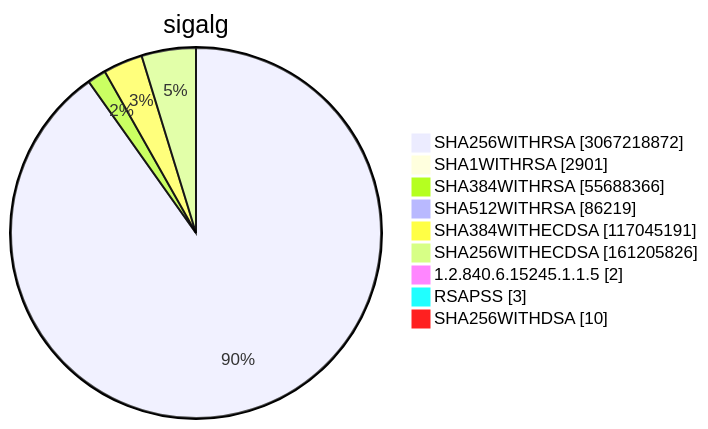
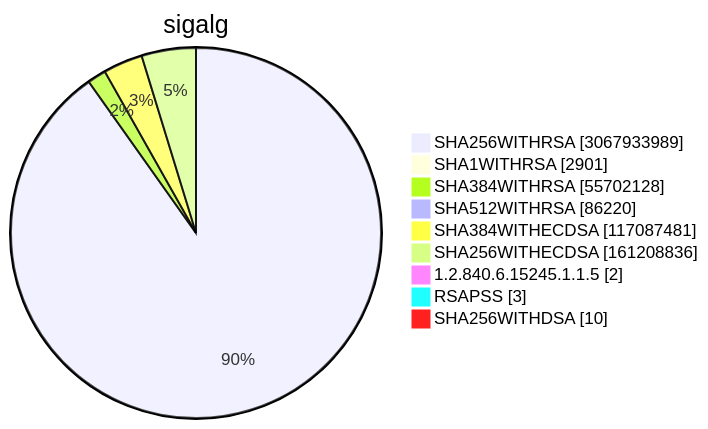
One commit to christiankrug/ctmonitor_visualization changed diagram 15 of 15 in TOTAL/README.md. Above: the diagram before and after it, drawn with Mermaid. The commit also changed other lines of this file, not shown here.

````diff
--- a/TOTAL/README.md
+++ b/TOTAL/README.md
@@ -6209,13 +6209,13 @@
 ```mermaid
 pie showData
 title sigalg
-"SHA256WITHRSA" :3067218872
+"SHA256WITHRSA" :3067933989
 "SHA1WITHRSA" :2901
-"SHA384WITHRSA" :55688366
-"SHA512WITHRSA" :86219
-"SHA384WITHECDSA" :117045191
-"SHA256WITHECDSA" :161205826
+"SHA384WITHRSA" :55702128
+"SHA512WITHRSA" :86220
+"SHA384WITHECDSA" :117087481
+"SHA256WITHECDSA" :161208836
 "1.2.840.6.15245.1.1.5" :2
 "RSAPSS" :3
 "SHA256WITHDSA" :10
 ```
````
